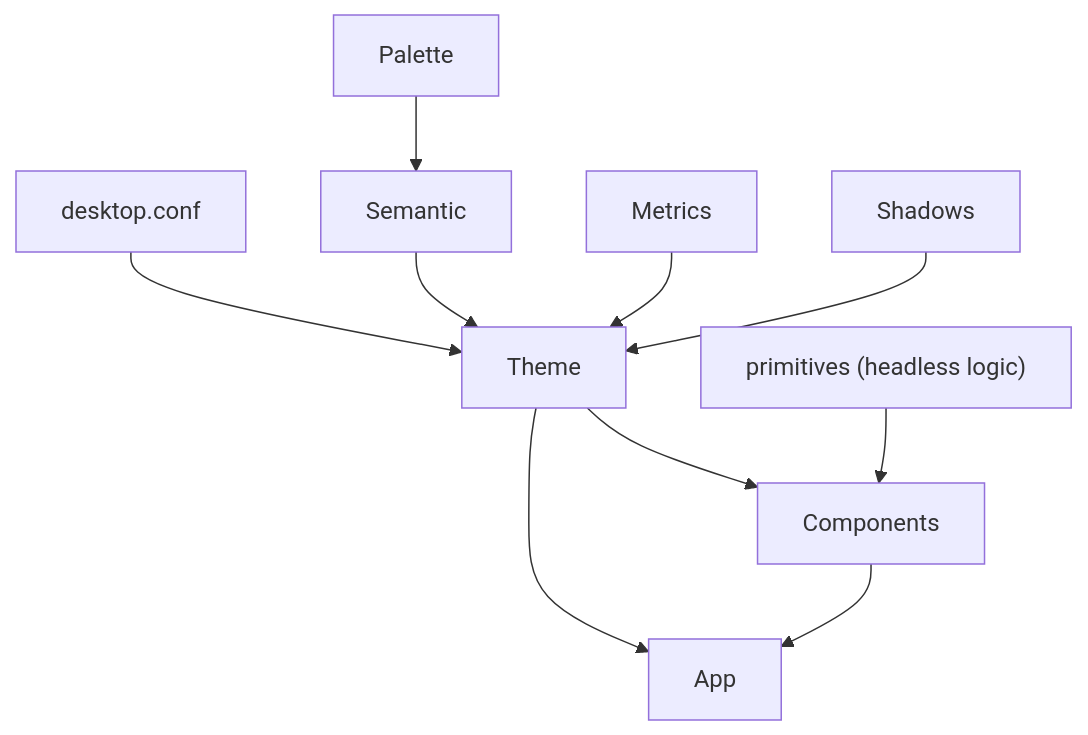
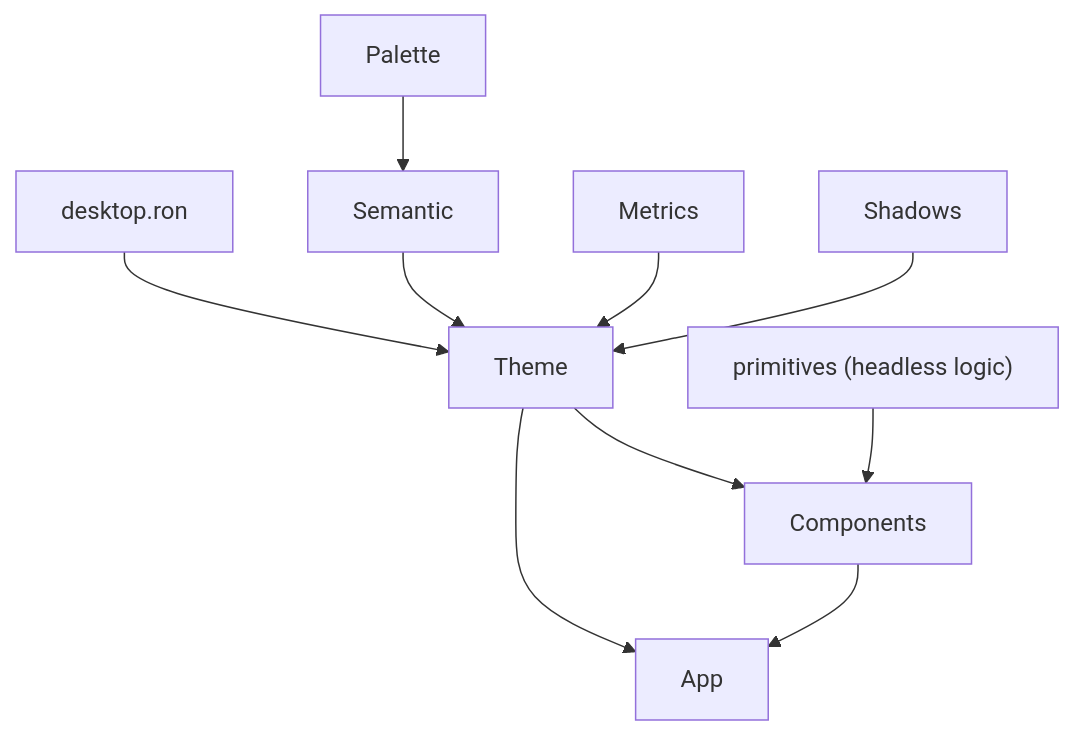
One commit to VaZark/iced-libadwaita changed the diagram in DESIGN.md. Above: the diagram before and after it, drawn with Mermaid. The commit also changed other lines of this file and 93 other files, not shown here.

Commit message:
rework theming; replace conf with RON

````diff
--- a/DESIGN.md
+++ b/DESIGN.md
@@ -20,11 +20,11 @@
 ```mermaid
 flowchart TD
-    Config["desktop.conf"] --> Theme
+    Config["desktop.ron"] --> Theme
     Palette --> Semantic --> Theme
     Metrics --> Theme
     Shadows --> Theme
     Theme --> Components
     Primitives["primitives (headless logic)"] --> Components
     Components --> App
     Theme --> App
 ```
````
